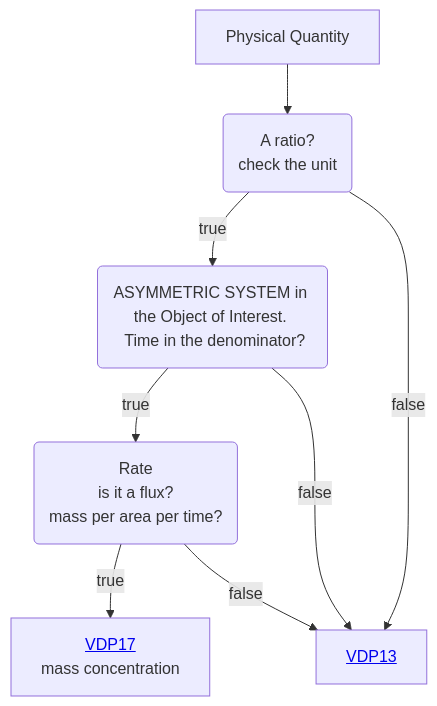
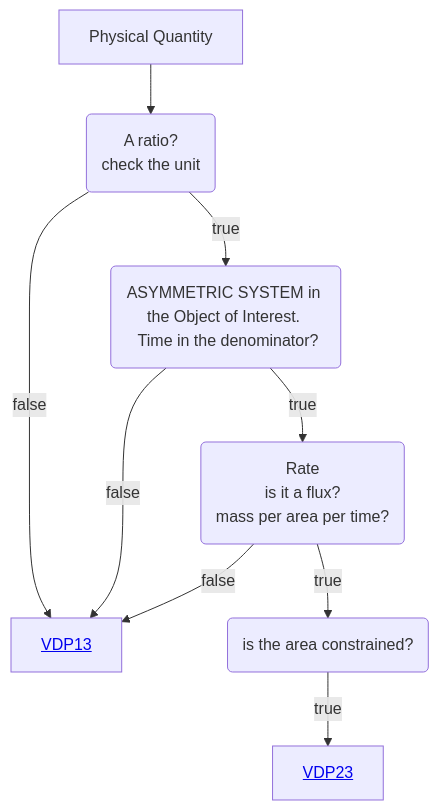
Before and after one commit to mabablue/I-ADOPT-patterns-playground: the diagram in Decisition_trees/DT2.mmd, drawn with Mermaid.

Commit message:
Update decision tree nodes and links

```diff
--- a/Decisition_trees/DT2.mmd
+++ b/Decisition_trees/DT2.mmd
@@ -1,8 +1,9 @@
 flowchart TD
     A[Physical Quantity] --> B(A ratio?<br>check the unit)
     B --> |true|C(ASYMMETRIC SYSTEM in the Object of Interest. <br> Time in the denominator?) 
     B --> |false|D[<a href='https://github.com/mabablue/I-ADOPT-patterns-playground/blob/main/pattern/VDP13.yaml'>VDP13</a>]
     C --> |true|E(Rate <br> is it a flux? <br> mass per area per time?)
     C --> |false|D
-    E --> |true|F[<a href='https://github.com/mabablue/I-ADOPT-patterns-playground/blob/main/pattern/VDP17.yaml'>VDP17</a> <br> mass concentration]
+    E --> |true|F(is the area constrained?)
     E --> |false|D
+    F --> |true|G[<a href='https://github.com/mabablue/I-ADOPT-patterns-playground/blob/main/pattern/VDP23.yaml'>VDP23</a>]
```
